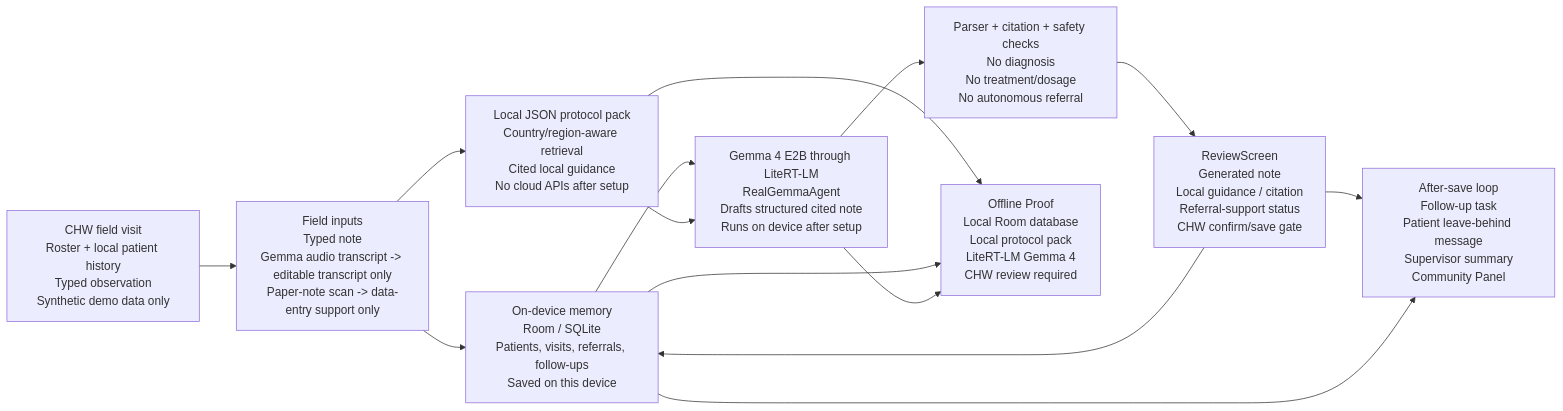
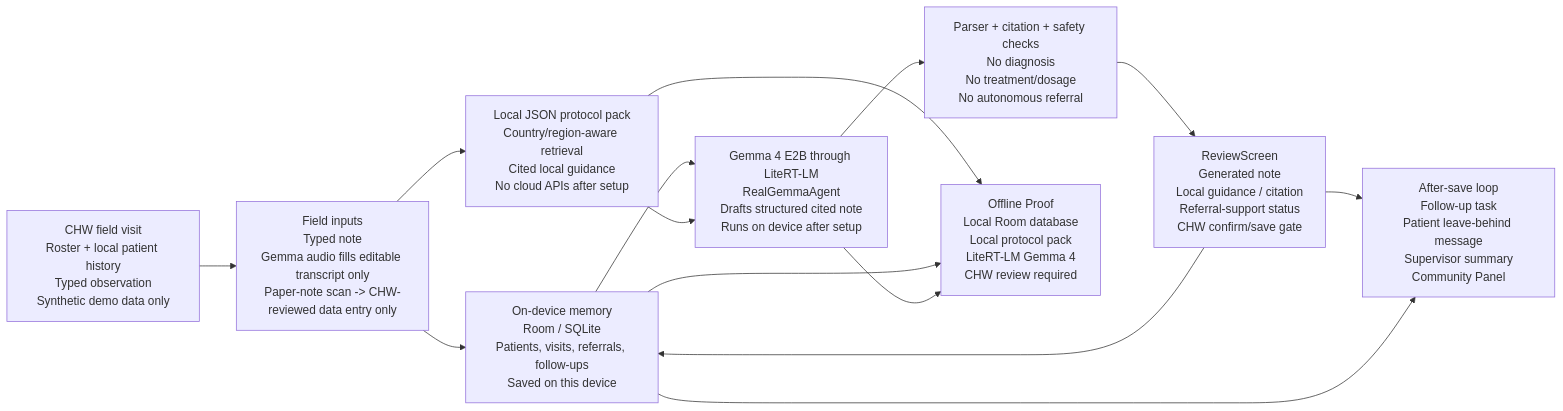
Before and after one commit to sankalp-rajeev/Smriti: the diagram in docs/smriti_architecture_diagram.md, drawn with Mermaid. The commit also changed other lines of this file and 18 other files, not shown here.

````diff
--- a/docs/smriti_architecture_diagram.md
+++ b/docs/smriti_architecture_diagram.md
@@ -5,34 +5,34 @@
 ```mermaid
 flowchart LR
     CHW["CHW field visit<br/>Roster + local patient history<br/>Typed observation<br/>Synthetic demo data only"]
 
-    Inputs["Field inputs<br/>Typed note<br/>Gemma audio transcript -> editable transcript only<br/>Paper-note scan -> data-entry support only"]
+    Inputs["Field inputs<br/>Typed note<br/>Gemma audio fills editable transcript only<br/>Paper-note scan -> CHW-reviewed data entry only"]
 
     Memory["On-device memory<br/>Room / SQLite<br/>Patients, visits, referrals, follow-ups<br/>Saved on this device"]
 
     Protocols["Local JSON protocol pack<br/>Country/region-aware retrieval<br/>Cited local guidance<br/>No cloud APIs after setup"]
 
     Gemma["Gemma 4 E2B through LiteRT-LM<br/>RealGemmaAgent<br/>Drafts structured cited note<br/>Runs on device after setup"]
 
     Checks["Parser + citation + safety checks<br/>No diagnosis<br/>No treatment/dosage<br/>No autonomous referral"]
 
     Review["ReviewScreen<br/>Generated note<br/>Local guidance / citation<br/>Referral-support status<br/>CHW confirm/save gate"]
 
     Loop["After-save loop<br/>Follow-up task<br/>Patient leave-behind message<br/>Supervisor summary<br/>Community Panel"]
 
     Proof["Offline Proof<br/>Local Room database<br/>Local protocol pack<br/>LiteRT-LM Gemma 4<br/>CHW review required"]
 
     CHW --> Inputs
     Inputs --> Memory
     Inputs --> Protocols
     Memory --> Gemma
     Protocols --> Gemma
     Gemma --> Checks
     Checks --> Review
     Review --> Memory
     Review --> Loop
     Memory --> Loop
     Protocols --> Proof
     Memory --> Proof
     Gemma --> Proof
 ```
````
